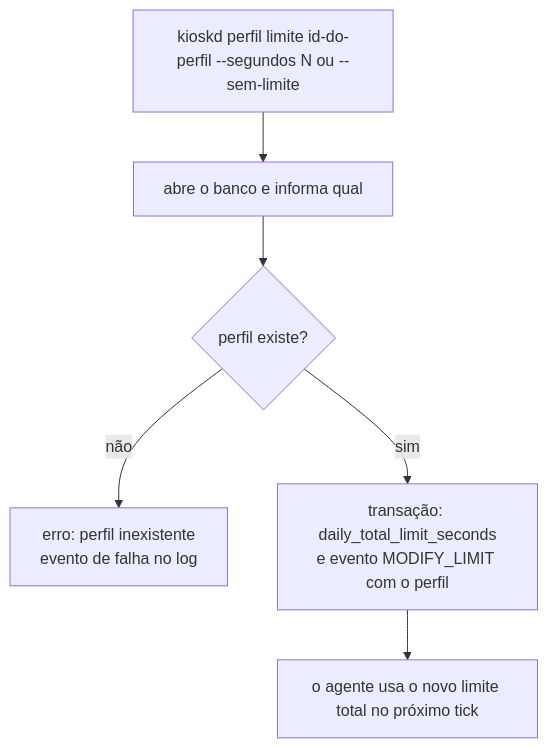
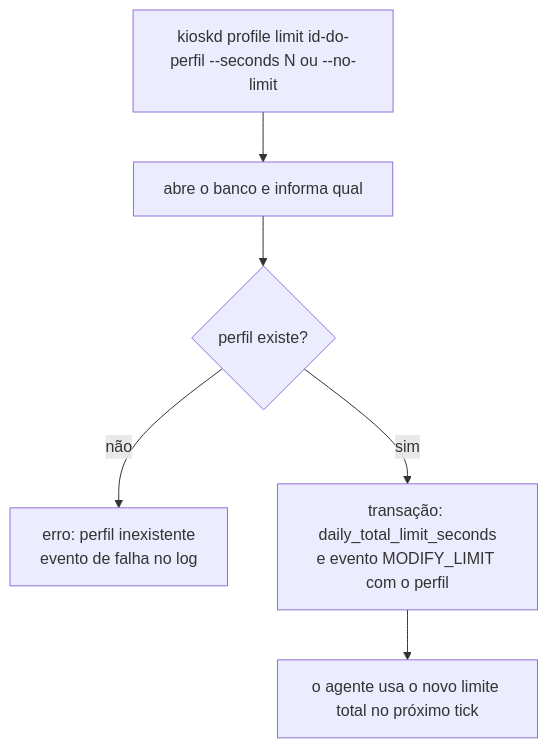
Before and after one commit to jefersonlop3s/kiosk-engine: the ninth of 28 diagrams in docs/architecture/fluxos-dos-comandos.md, drawn with Mermaid. The commit also changed other lines of this file and 43 other files, not shown here.

````diff
--- a/docs/architecture/fluxos-dos-comandos.md
+++ b/docs/architecture/fluxos-dos-comandos.md
@@ -157,8 +157,8 @@
 ```mermaid
 flowchart TD
-    A["kioskd perfil limite id-do-perfil --segundos N ou --sem-limite"] --> B["abre o banco e informa qual"]
+    A["kioskd profile limit id-do-perfil --seconds N ou --no-limit"] --> B["abre o banco e informa qual"]
     B --> C{"perfil existe?"}
     C -->|não| E["erro: perfil inexistente<br/>evento de falha no log"]
     C -->|sim| D["transação: daily_total_limit_seconds<br/>e evento MODIFY_LIMIT com o perfil"]
     D --> F["o agente usa o novo limite total no próximo tick"]
 ```
````
